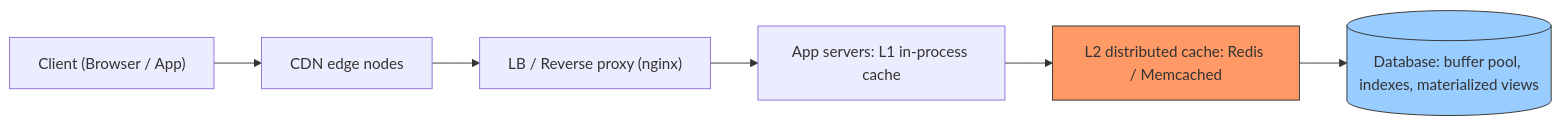
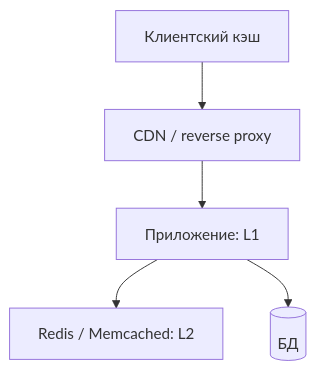
One commit to AlohaJava/system-design-interview-chamkin changed the first of 3 diagrams in 01-building-blocks/caching.md. Above: the diagram before and after it, drawn with Mermaid. The commit also changed other lines of this file and 49 other files, not shown here.

````diff
--- a/01-building-blocks/caching.md
+++ b/01-building-blocks/caching.md
@@ -70,10 +84,7 @@
 ```mermaid
-flowchart LR
-    C["Client (Browser / App)"] --> CDN["CDN edge nodes"]
-    CDN --> LB["LB / Reverse proxy (nginx)"]
-    LB --> APP["App servers: L1 in-process cache"]
-    APP --> RC["L2 distributed cache: Redis / Memcached"]
-    RC --> DB[("Database: buffer pool, indexes, materialized views")]
-    style RC fill:#f96,stroke:#333
-    style DB fill:#9cf,stroke:#333
+flowchart TB
+    C["Клиентский кэш"] --> E["CDN / reverse proxy"]
+    E --> A["Приложение: L1"]
+    A --> R["Redis / Memcached: L2"]
+    A --> D[("БД")]
 ```
````
